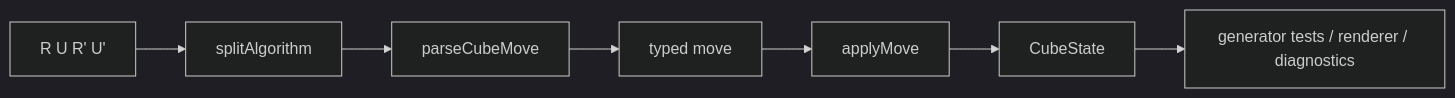
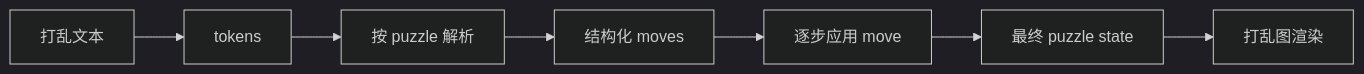
The diagram in apps/scramble-docs/docs/zh/state-transition.md (deweyou/cube-kit), drawn with Mermaid (dark theme) before and after one commit. The commit also changed other lines of this file and 27 other files, not shown here.

````diff
--- a/apps/scramble-docs/docs/zh/state-transition.md
+++ b/apps/scramble-docs/docs/zh/state-transition.md
@@ -3,9 +3,9 @@
 ```mermaid
 flowchart LR
-    Text["R U R' U'"] --> Split["splitAlgorithm"]
-    Split --> Parser["parseCubeMove"]
-    Parser --> Move["typed move"]
-    Move --> Apply["applyMove"]
-    Apply --> State["CubeState"]
-    State --> Consumers["generator tests / renderer / diagnostics"]
+    Text["打乱文本"] --> Tokens["tokens"]
+    Tokens --> Parser["按 puzzle 解析"]
+    Parser --> Moves["结构化 moves"]
+    Moves --> Apply["逐步应用 move"]
+    Apply --> State["最终 puzzle state"]
+    State --> Render["打乱图渲染"]
 ```
````
